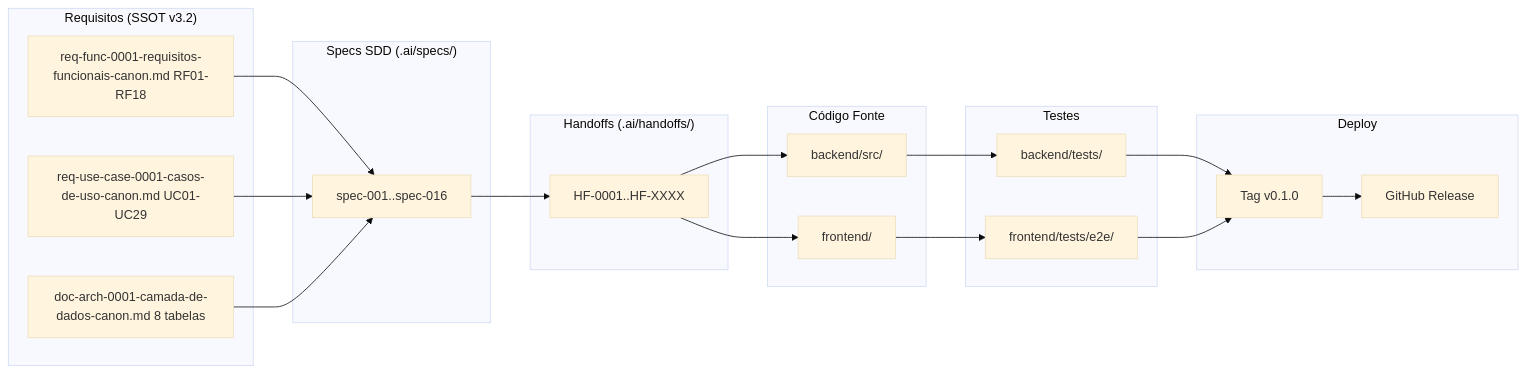
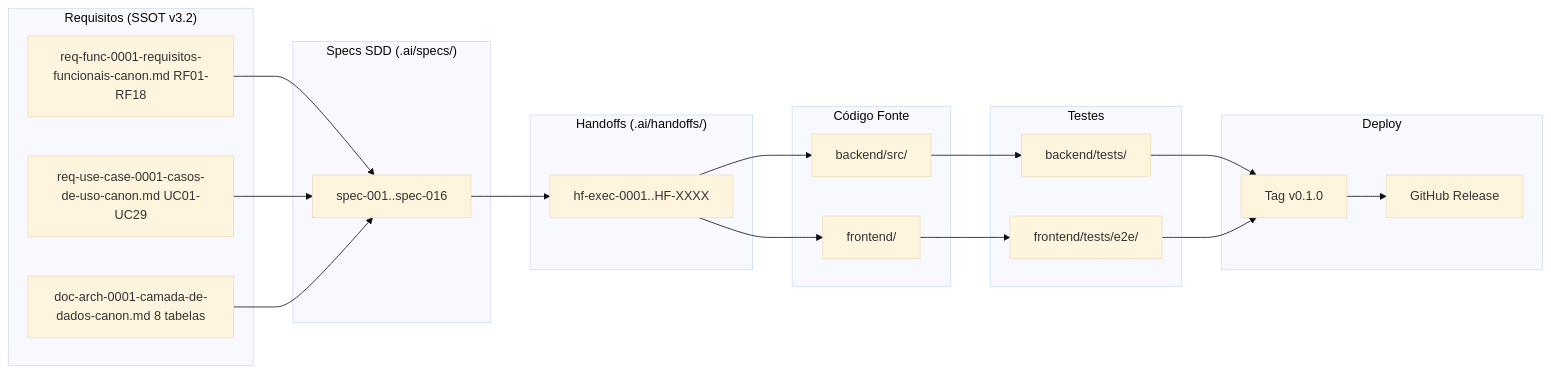
The sixth of 9 diagrams in docs/operacao/doc-arch-0007-guia-arquitetural-v1.0.md (leonardosetti/COBECO), drawn with Mermaid (base theme) before and after one commit. The commit also changed other lines of this file and 37 other files, not shown here.

````diff
--- a/docs/operacao/doc-arch-0007-guia-arquitetural-v1.0.md
+++ b/docs/operacao/doc-arch-0007-guia-arquitetural-v1.0.md
@@ -371,43 +371,43 @@
 ```mermaid
 flowchart LR
     subgraph REQ["Requisitos (SSOT v3.2)"]
         R1[req-func-0001-requisitos-funcionais-canon.md RF01-RF18]
         R2[req-use-case-0001-casos-de-uso-canon.md UC01-UC29]
         R3[doc-arch-0001-camada-de-dados-canon.md 8 tabelas]
     end
     
     subgraph SPEC["Specs SDD (.ai/specs/)"]
         S1[spec-001..spec-016]
     end
     
     subgraph HANDOFF["Handoffs (.ai/handoffs/)"]
-        H1[HF-0001..HF-XXXX]
+        H1[hf-exec-0001..HF-XXXX]
     end
     
     subgraph CODE["Código Fonte"]
         C1[backend/src/]
         C2[frontend/]
     end
     
     subgraph TEST["Testes"]
         T1[backend/tests/]
         T2[frontend/tests/e2e/]
     end
     
     subgraph DEPLOY["Deploy"]
         D1[Tag v0.1.0]
         D2[GitHub Release]
     end
     
     R1 --> S1
     R2 --> S1
     R3 --> S1
     S1 --> H1
     H1 --> C1
     H1 --> C2
     C1 --> T1
     C2 --> T2
     T1 --> D1
     T2 --> D1
     D1 --> D2
 ```
````
